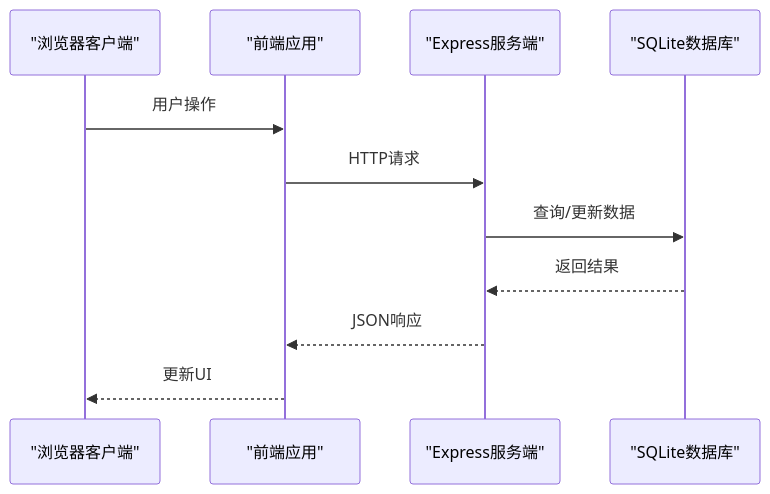
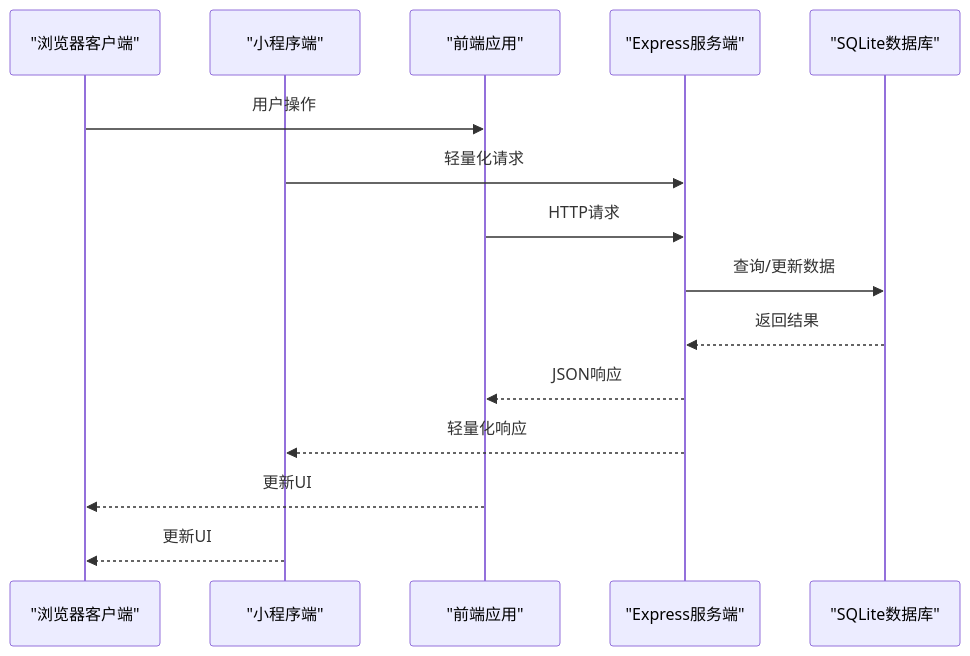
The second of 8 diagrams in .qoder/repowiki/zh/content/开发者指南/开发工作流程.md (ititjjy/AITrip-plan), drawn with Mermaid before and after one commit. The commit also changed other lines of this file and 144 other files, not shown here.

````diff
--- a/.qoder/repowiki/zh/content/开发者指南/开发工作流程.md
+++ b/.qoder/repowiki/zh/content/开发者指南/开发工作流程.md
@@ -113,13 +123,17 @@
 ```mermaid
 sequenceDiagram
 participant Client as "浏览器客户端"
+participant Mini as "小程序端"
 participant Frontend as "前端应用"
 participant API as "Express服务端"
 participant DB as "SQLite数据库"
 Client->>Frontend : 用户操作
+Mini->>API : 轻量化请求
 Frontend->>API : HTTP请求
 API->>DB : 查询/更新数据
 DB-->>API : 返回结果
 API-->>Frontend : JSON响应
+API-->>Mini : 轻量化响应
 Frontend-->>Client : 更新UI
+Mini-->>Client : 更新UI
 ```
````
